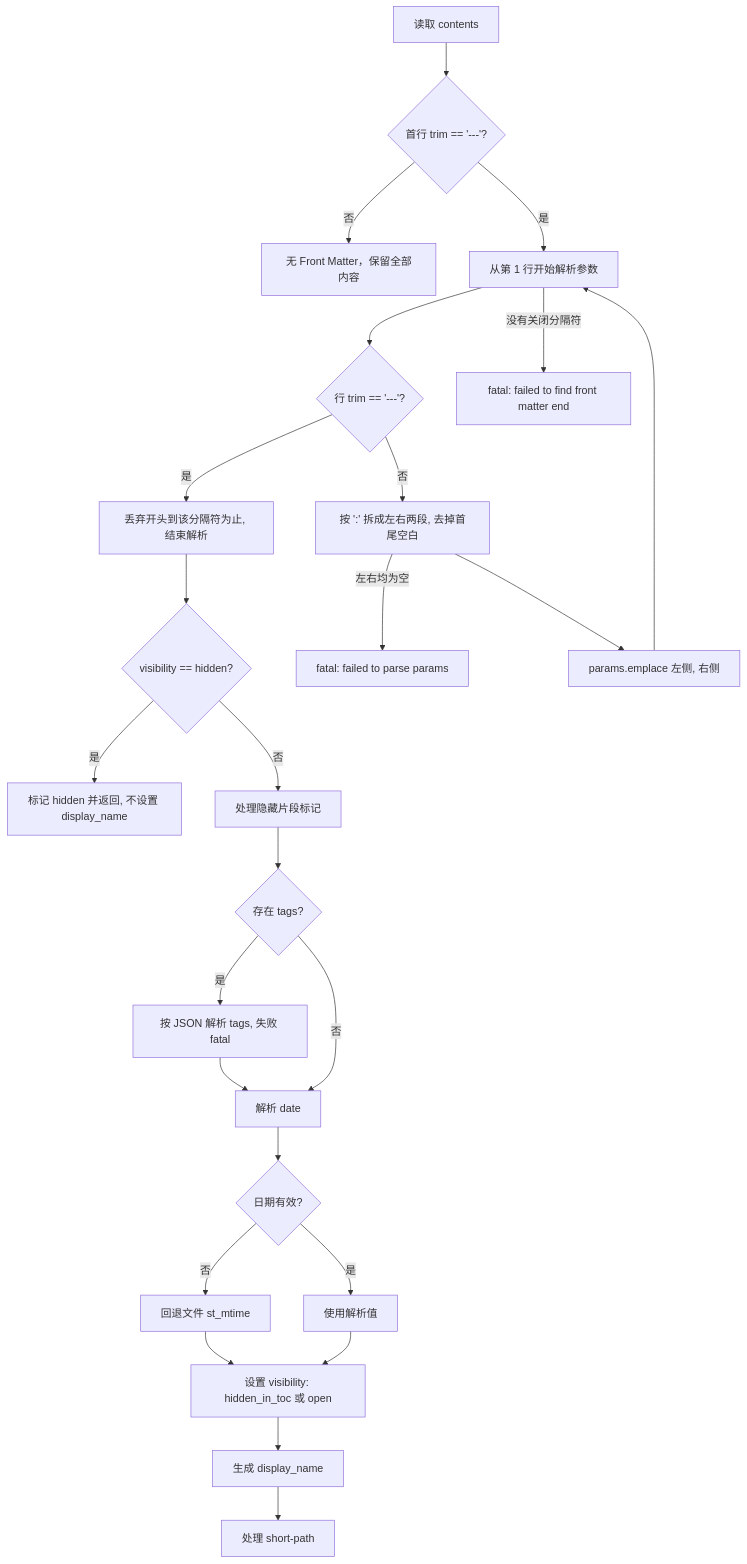
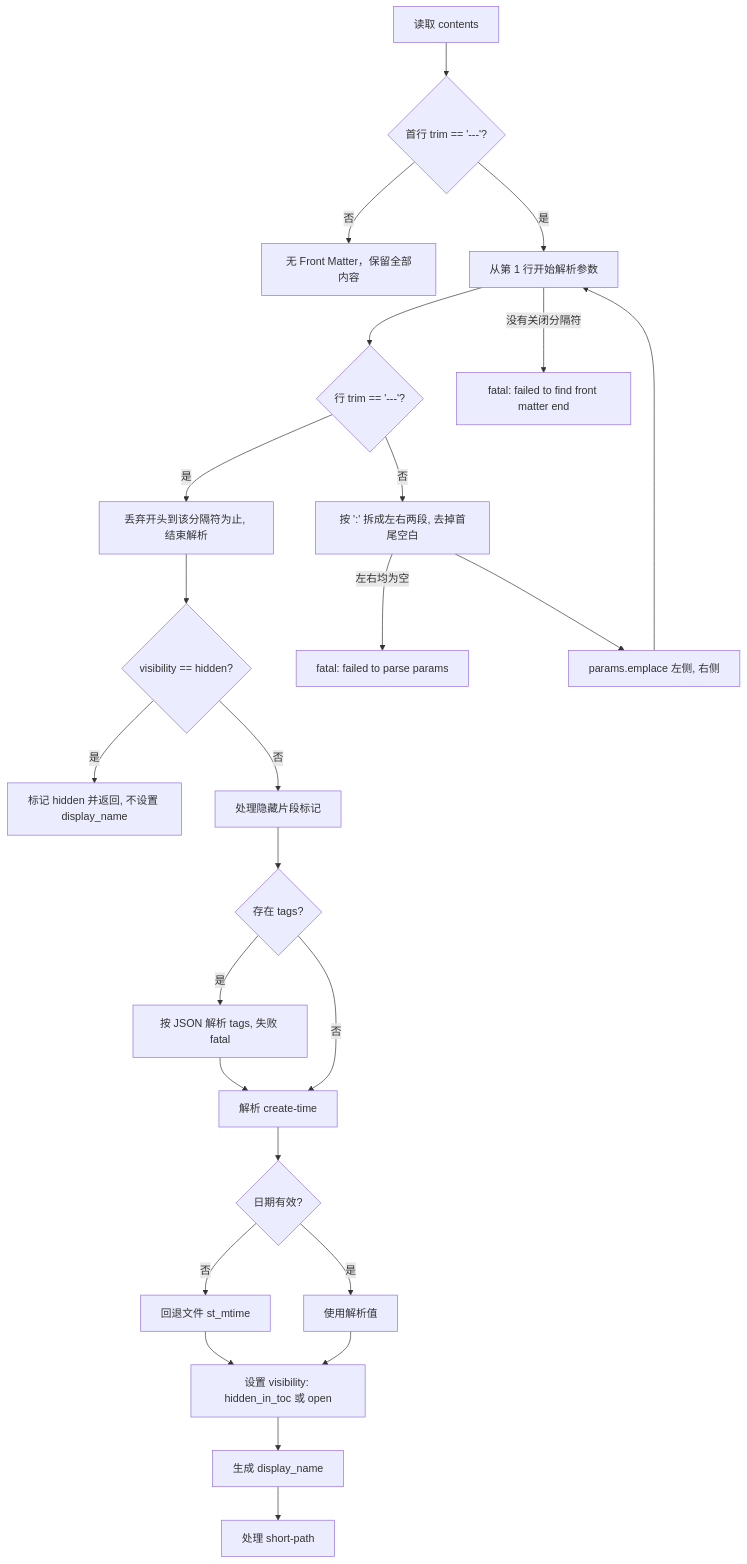
Before and after one commit to o8x/camus: the second of 2 diagrams in docs/prd/04-catalog-and-posts.md, drawn with Mermaid. The commit also changed other lines of this file and 10 other files, not shown here.

Commit message:
feat: rename article front matter fields to title and create-time

````diff
--- a/docs/prd/04-catalog-and-posts.md
+++ b/docs/prd/04-catalog-and-posts.md
@@ -80,27 +80,27 @@
 ```mermaid
 flowchart TD
     A[读取 contents] --> B{首行 trim == '---'?}
     B -->|否| Z[无 Front Matter，保留全部内容]
     B -->|是| C[从第 1 行开始解析参数]
     C --> D{行 trim == '---'?}
     D -->|是| E[丢弃开头到该分隔符为止, 结束解析]
     D -->|否| F[按 ':' 拆成左右两段, 去掉首尾空白]
     F -->|左右均为空| X[fatal: failed to parse params]
     F --> G[params.emplace 左侧, 右侧]
     G --> C
     C -->|没有关闭分隔符| Y[fatal: failed to find front matter end]
     E --> H{visibility == hidden?}
     H -->|是| I[标记 hidden 并返回, 不设置 display_name]
     H -->|否| J[处理隐藏片段标记]
     J --> K{存在 tags?}
     K -->|是| L[按 JSON 解析 tags, 失败 fatal]
-    K -->|否| M[解析 date]
+    K -->|否| M[解析 create-time]
     L --> M
     M --> N{日期有效?}
     N -->|否| O[回退文件 st_mtime]
     N -->|是| P[使用解析值]
     O --> Q[设置 visibility: hidden_in_toc 或 open]
     P --> Q
     Q --> R[生成 display_name]
     R --> S[处理 short-path]
 ```
````
